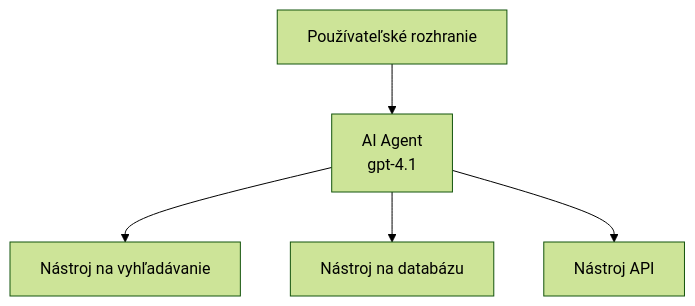
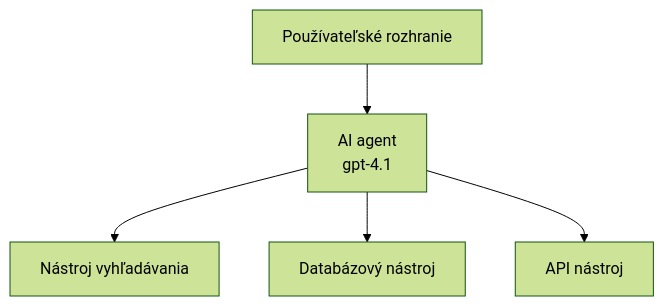
One commit to microsoft/AZD-for-beginners changed the first of 3 diagrams in translations/sk/docs/chapter-02-ai-development/agents.md. Above: the diagram before and after it, drawn with Mermaid (forest theme). The commit also changed other lines of this file and 104 other files, not shown here.

````diff
--- a/translations/sk/docs/chapter-02-ai-development/agents.md
+++ b/translations/sk/docs/chapter-02-ai-development/agents.md
@@ -157,7 +162,7 @@
 ```mermaid
 graph TD
-    UI[Používateľské rozhranie] --> Agent[AI Agent<br/>gpt-4.1]
-    Agent --> Search[Nástroj na vyhľadávanie]
-    Agent --> Database[Nástroj na databázu]
-    Agent --> API[Nástroj API]
+    UI[Používateľské rozhranie] --> Agent[AI agent<br/>gpt-4.1]
+    Agent --> Search[Nástroj vyhľadávania]
+    Agent --> Database[Databázový nástroj]
+    Agent --> API[API nástroj]
 ```
````
